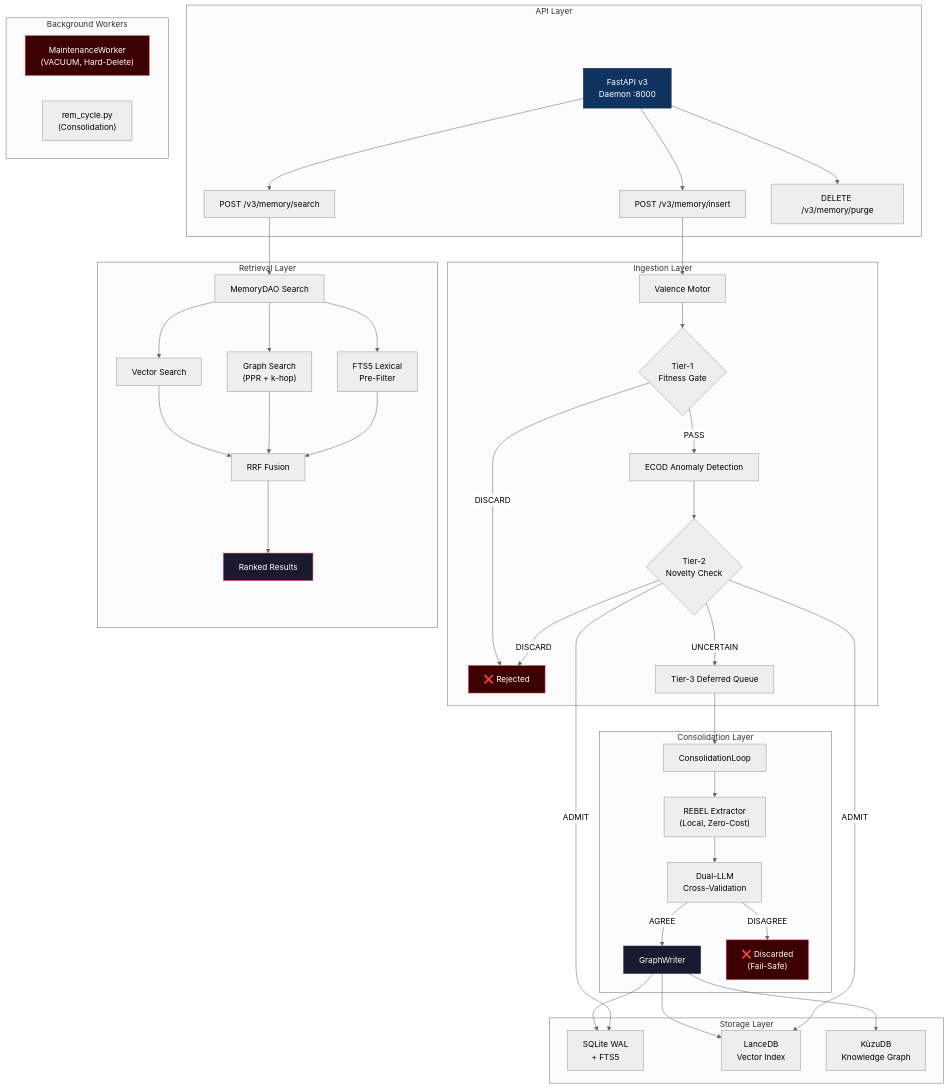
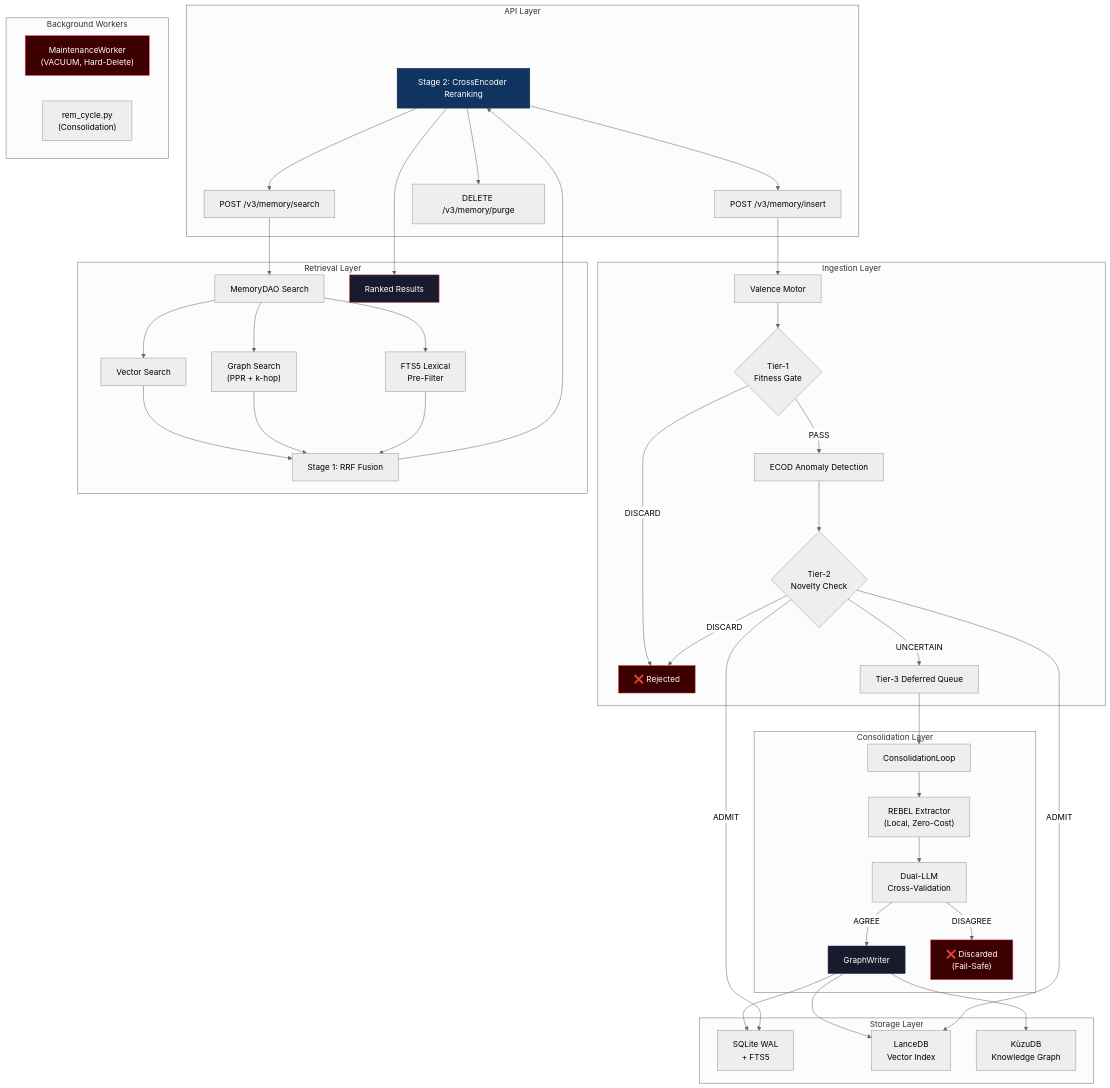
The diagram in README.md (Yasou13/MESA), drawn with Mermaid (neutral theme) before and after one commit. The commit also changed other lines of this file and 2 other files, not shown here.

Commit message:
docs: sync architecture, changelog, and readme with v0.6.0 features

````diff
--- a/README.md
+++ b/README.md
@@ -220,58 +221,59 @@
 ```mermaid
 graph TB
     subgraph "API Layer"
         T["FastAPI v3<br/>Daemon :8000"] --> INS["POST /v3/memory/insert"]
         T --> SCH["POST /v3/memory/search"]
         T --> PRG["DELETE /v3/memory/purge"]
     end
 
     subgraph "Ingestion Layer"
         INS --> B["Valence Motor"]
         B --> C{"Tier-1<br/>Fitness Gate"}
         C -->|DISCARD| X1["❌ Rejected"]
         C -->|PASS| D["ECOD Anomaly Detection"]
         D --> E{"Tier-2<br/>Novelty Check"}
         E -->|DISCARD| X1
         E -->|UNCERTAIN| F["Tier-3 Deferred Queue"]
     end
 
     subgraph "Consolidation Layer"
         F --> G["ConsolidationLoop"]
         G --> H["REBEL Extractor<br/>(Local, Zero-Cost)"]
         H --> I["Dual-LLM<br/>Cross-Validation"]
         I -->|AGREE| J["GraphWriter"]
         I -->|DISAGREE| X2["❌ Discarded<br/>(Fail-Safe)"]
     end
 
     subgraph "Storage Layer"
         J --> K["SQLite WAL<br/>+ FTS5"]
         J --> L["LanceDB<br/>Vector Index"]
         J --> M["KùzuDB<br/>Knowledge Graph"]
     end
 
     subgraph "Retrieval Layer"
         SCH --> O["MemoryDAO Search"]
         O --> P["Vector Search"]
         O --> Q["Graph Search<br/>(PPR + k-hop)"]
         O --> R["FTS5 Lexical<br/>Pre-Filter"]
-        P --> S["RRF Fusion"]
+        P --> S["Stage 1: RRF Fusion"]
         Q --> S
         R --> S
-        S --> RES["Ranked Results"]
+        S --> T["Stage 2: CrossEncoder Reranking"]
+        T --> RES["Ranked Results"]
     end
 
     subgraph "Background Workers"
         MW["MaintenanceWorker<br/>(VACUUM, Hard-Delete)"]
         REM["rem_cycle.py<br/>(Consolidation)"]
     end
 
     E -->|ADMIT| K
     E -->|ADMIT| L
 
     style T fill:#0f3460,stroke:#16213e,color:#fff
     style J fill:#1a1a2e,stroke:#0f3460,color:#fff
     style RES fill:#1a1a2e,stroke:#e94560,color:#fff
     style X1 fill:#3d0000,stroke:#e94560,color:#fff
     style X2 fill:#3d0000,stroke:#e94560,color:#fff
     style MW fill:#3d0000,stroke:#e94560,color:#fff
 ```
````
